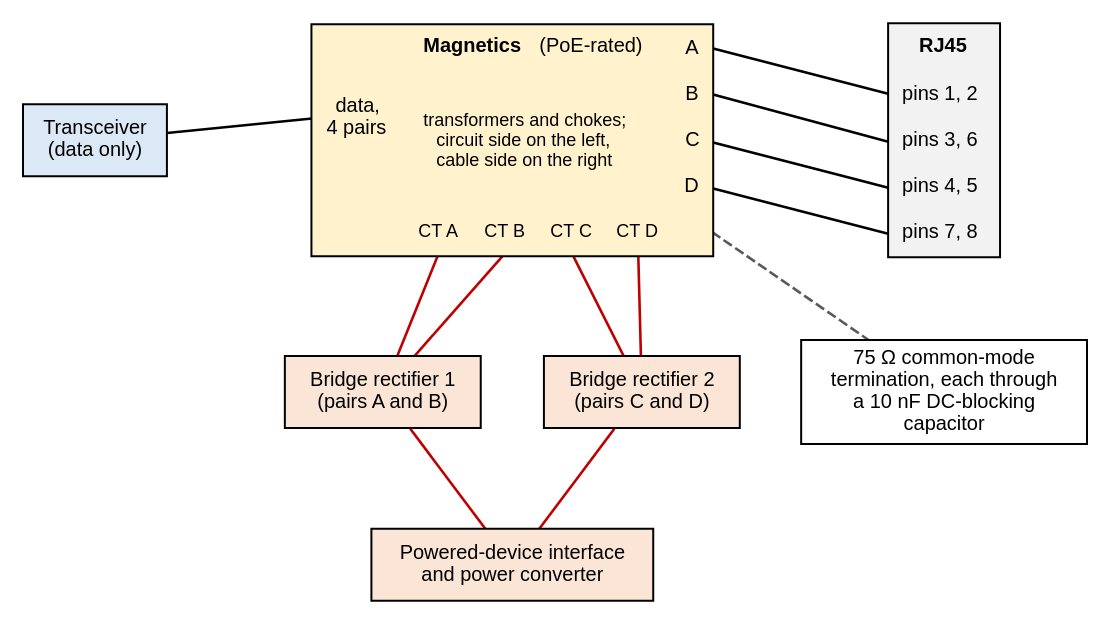
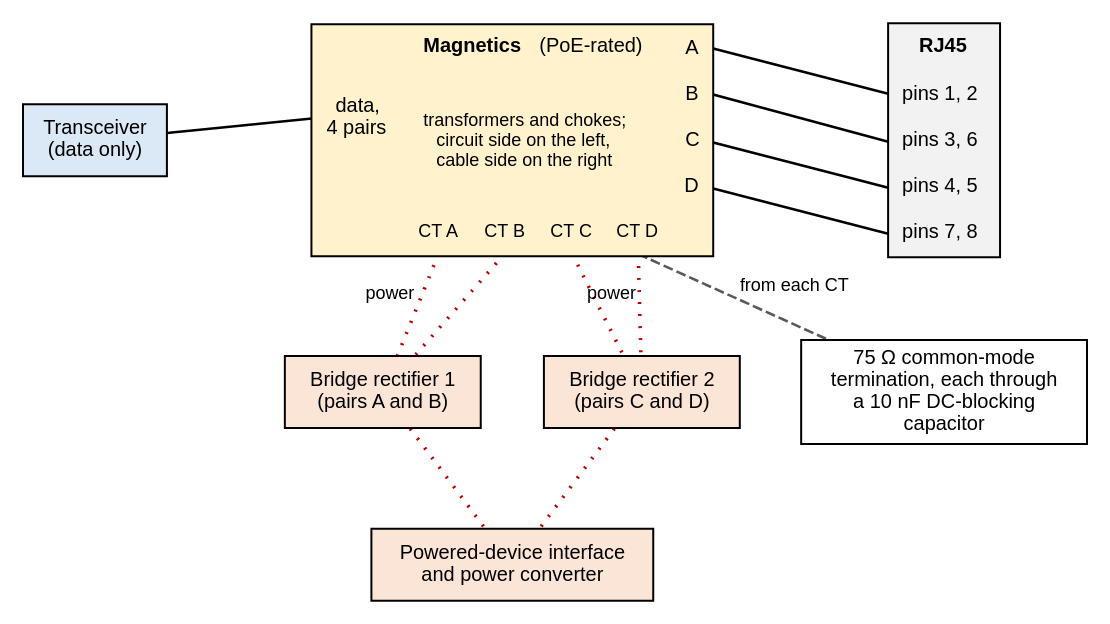
One commit to mithro/evampire changed the diagram in docs/ethernet/magnetics/poe-centre-taps.dot. Above: the diagram before and after it, drawn with Graphviz. The commit also changed 5 other files, not shown here.

First line of the commit message:
Label magnetics diagram edges and add the capacitor and isolation figures

```diff
--- a/docs/ethernet/magnetics/poe-centre-taps.dot
+++ b/docs/ethernet/magnetics/poe-centre-taps.dot
@@ -1,55 +1,58 @@
 // Taking Power over Ethernet from the cable-side centre taps.
 //
 // SPDX-License-Identifier: Apache-2.0
 
 graph poe_centre_taps {
     graph [layout=neato, splines=line, fontname="Helvetica", fontsize=11,
            outputorder=edgesfirst];
     node  [fontname="Helvetica", fontsize=10, shape=box, style="filled",
            fillcolor="#ffffff", pin=true];
     edge  [fontname="Helvetica", fontsize=9, penwidth=1.3];
 
     phy [pos="0,2.2!", label="Transceiver\n(data only)", fillcolor="#dbe8f5"];
 
     mag [pos="2.9,2.2!", shape=plain, label=<
       <table border="1" cellborder="0" cellspacing="0" cellpadding="6" bgcolor="#fff2cc">
         <tr><td rowspan="4" port="data">data,<br/>4 pairs</td>
             <td colspan="4"><b>Magnetics</b> (PoE-rated)</td>
             <td port="a">A</td></tr>
         <tr><td colspan="4" rowspan="3"><font point-size="9">transformers and chokes;<br/>circuit side on the left,<br/>cable side on the right</font></td>
             <td port="b">B</td></tr>
         <tr><td port="c">C</td></tr>
         <tr><td port="d">D</td></tr>
         <tr><td></td>
             <td port="cta"><font point-size="9">CT A</font></td>
             <td port="ctb"><font point-size="9">CT B</font></td>
             <td port="ctc"><font point-size="9">CT C</font></td>
             <td port="ctd"><font point-size="9">CT D</font></td>
-            <td port="bs"></td></tr>
+            <td></td></tr>
       </table>>];
 
     rj45 [pos="5.9,2.2!", shape=plain, label=<
       <table border="1" cellborder="0" cellspacing="0" cellpadding="6" bgcolor="#f2f2f2">
         <tr><td><b>RJ45</b></td></tr>
         <tr><td port="a">pins 1, 2</td></tr>
         <tr><td port="b">pins 3, 6</td></tr>
         <tr><td port="c">pins 4, 5</td></tr>
         <tr><td port="d">pins 7, 8</td></tr>
       </table>>];
 
     br1 [pos="2.0,0.45!", label="Bridge rectifier 1\n(pairs A and B)", fillcolor="#fbe5d6"];
     br2 [pos="3.8,0.45!", label="Bridge rectifier 2\n(pairs C and D)", fillcolor="#fbe5d6"];
     pd  [pos="2.9,-0.75!", label="Powered-device interface\nand power converter",
          fillcolor="#fbe5d6"];
     bs  [pos="5.9,0.45!", label="75 Ω common-mode\ntermination, each through\na 10 nF DC-blocking\ncapacitor"];
 
     phy -- mag:data;
     rj45:a -- mag:a; rj45:b -- mag:b; rj45:c -- mag:c; rj45:d -- mag:d;
 
-    edge [color="#c00000"];
-    mag:cta -- br1; mag:ctb -- br1;
-    mag:ctc -- br2; mag:ctd -- br2;
+    // Power: dotted red, labelled.
+    edge [color="#c00000", style=dotted, penwidth=1.8];
+    mag:cta -- br1 [label="power"]; mag:ctb -- br1;
+    mag:ctc -- br2; mag:ctd -- br2 [label="power"];
     br1 -- pd; br2 -- pd;
 
-    mag:bs -- bs [style=dashed, color="#595959"];
+    // The termination connects to each of the four centre taps.
+    mag:ctd -- bs [style=dashed, color="#595959", penwidth=1.3,
+                   label="from each CT"];
 }
```
